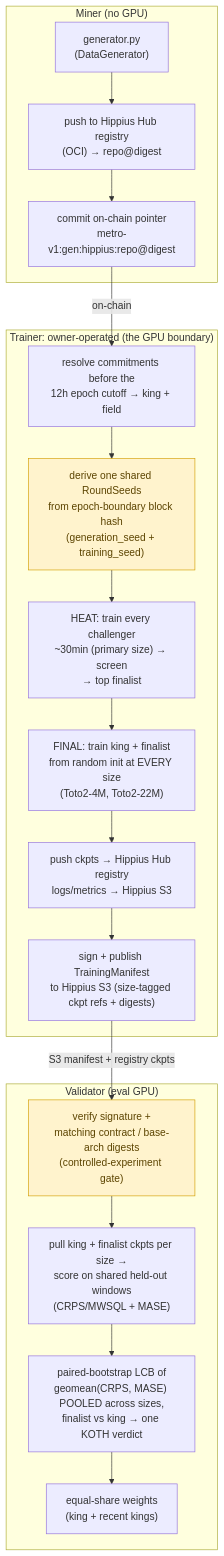
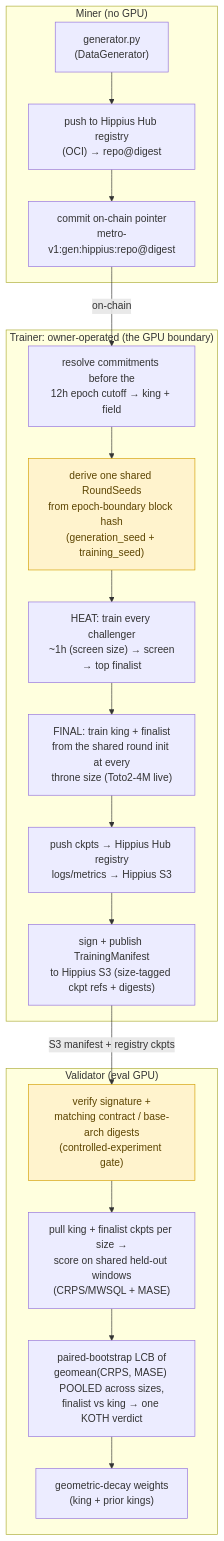
Before and after one commit to TensorLink-AI/cascade: the diagram in README.md, drawn with Mermaid. The commit also changed other lines of this file, not shown here.

````diff
--- a/README.md
+++ b/README.md
@@ -55,33 +57,33 @@
 ```mermaid
 flowchart TD
     subgraph miner["Miner (no GPU)"]
         gen["generator.py<br/>(DataGenerator)"]
         upload["push to Hippius Hub registry<br/>(OCI) → repo@digest"]
         commit["commit on-chain pointer<br/>metro-v1:gen:hippius:repo@digest"]
         gen --> upload --> commit
     end
 
     subgraph trainer["Trainer: owner-operated (the GPU boundary)"]
         resolve["resolve commitments before the<br/>12h epoch cutoff → king + field"]
         seeds["derive one shared RoundSeeds<br/>from epoch-boundary block hash<br/>(generation_seed + training_seed)"]
-        heat["HEAT: train every challenger<br/>~30min (primary size) → screen<br/>→ top finalist"]
-        trainK["FINAL: train king + finalist<br/>from random init at EVERY size<br/>(Toto2-4M, Toto2-22M)"]
+        heat["HEAT: train every challenger<br/>~1h (screen size) → screen<br/>→ top finalist"]
+        trainK["FINAL: train king + finalist<br/>from the shared round init at every<br/>throne size (Toto2-4M live)"]
         upK["push ckpts → Hippius Hub registry<br/>logs/metrics → Hippius S3"]
         manifest["sign + publish TrainingManifest<br/>to Hippius S3 (size-tagged ckpt refs + digests)"]
         resolve --> seeds --> heat --> trainK --> upK --> manifest
     end
 
     subgraph validator["Validator (eval GPU)"]
         gate["verify signature +<br/>matching contract / base-arch digests<br/>(controlled-experiment gate)"]
         eval["pull king + finalist ckpts per size →<br/>score on shared held-out windows<br/>(CRPS/MWSQL + MASE)"]
         koth["paired-bootstrap LCB of<br/>geomean(CRPS, MASE) POOLED across sizes,<br/>finalist vs king → one KOTH verdict"]
-        weights["equal-share weights<br/>(king + recent kings)"]
+        weights["geometric-decay weights<br/>(king + prior kings)"]
         gate --> eval --> koth --> weights
     end
 
     commit -->|on-chain| resolve
     manifest -->|S3 manifest + registry ckpts| gate
 
     classDef invariant fill:#fff3cd,stroke:#d39e00,color:#5c4400;
     class seeds,gate invariant;
 ```
````
